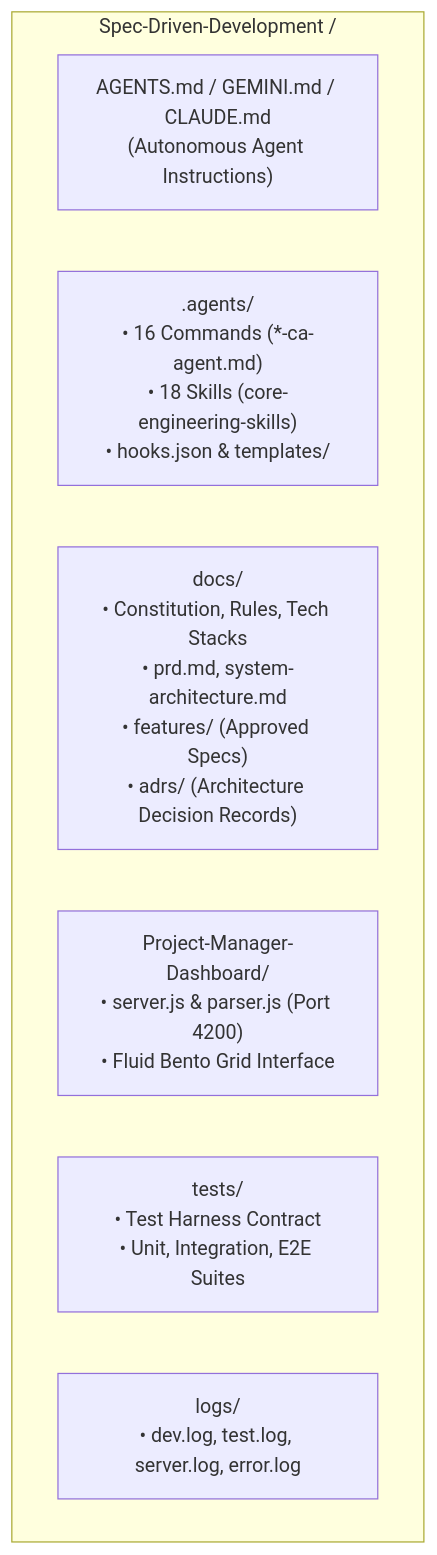
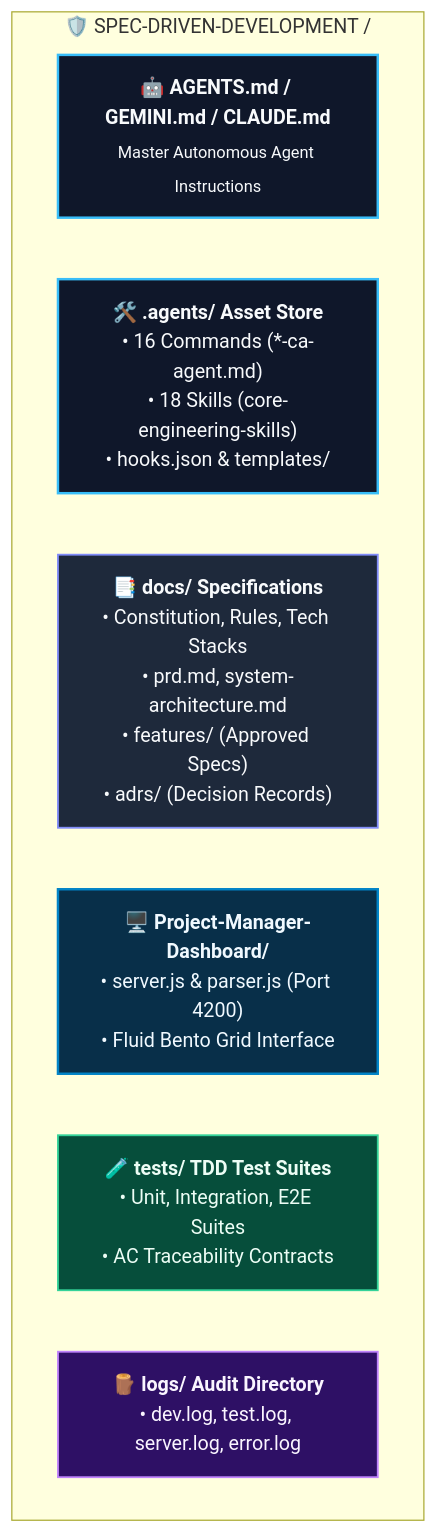
The third of 3 diagrams in SDD-TDD-Chandan-Adhikary/Spec-Driven-Development/README.md (rmsofficialsyt/Agentic-AI-Vibe-Coding-AND-SDD-TDD-Codebase-Chandan-Adhikary), drawn with Mermaid before and after one commit. The commit also changed other lines of this file and 23 other files, not shown here.

Commit message:
docs: redesign diagrams to Eraser.io visual style and regenerate MANIFEST.json

````diff
--- a/SDD-TDD-Chandan-Adhikary/Spec-Driven-Development/README.md
+++ b/SDD-TDD-Chandan-Adhikary/Spec-Driven-Development/README.md
@@ -155,11 +168,17 @@
 ```mermaid
 flowchart TD
-    subgraph RepoRoot ["Spec-Driven-Development /"]
-        AGENTS["AGENTS.md / GEMINI.md / CLAUDE.md<br/>(Autonomous Agent Instructions)"]
-        AgentsDir[".agents/<br/>• 16 Commands (*-ca-agent.md)<br/>• 18 Skills (core-engineering-skills)<br/>• hooks.json & templates/"]
-        DocsDir["docs/<br/>• Constitution, Rules, Tech Stacks<br/>• prd.md, system-architecture.md<br/>• features/ (Approved Specs)<br/>• adrs/ (Architecture Decision Records)"]
-        DashboardDir["Project-Manager-Dashboard/<br/>• server.js & parser.js (Port 4200)<br/>• Fluid Bento Grid Interface"]
-        TestsDir["tests/<br/>• Test Harness Contract<br/>• Unit, Integration, E2E Suites"]
-        LogsDir["logs/<br/>• dev.log, test.log, server.log, error.log"]
+    classDef agent fill:#0f172a,stroke:#38bdf8,stroke-width:2px,color:#f8fafc;
+    classDef doc fill:#1e293b,stroke:#818cf8,stroke-width:1.5px,color:#f8fafc;
+    classDef dash fill:#082f49,stroke:#0284c7,stroke-width:2px,color:#f0f9ff;
+    classDef test fill:#064e3b,stroke:#34d399,stroke-width:1.5px,color:#ecfdf5;
+    classDef log fill:#2e1065,stroke:#c084fc,stroke-width:1.5px,color:#faf5ff;
+
+    subgraph RepoRoot ["🛡️ SPEC-DRIVEN-DEVELOPMENT /"]
+        AGENTS["<b>🤖 AGENTS.md / GEMINI.md / CLAUDE.md</b><br/><sub>Master Autonomous Agent Instructions</sub>"]:::agent
+        AgentsDir["<b>🛠️ .agents/ Asset Store</b><br/>• 16 Commands (*-ca-agent.md)<br/>• 18 Skills (core-engineering-skills)<br/>• hooks.json & templates/"]:::agent
+        DocsDir["<b>📑 docs/ Specifications</b><br/>• Constitution, Rules, Tech Stacks<br/>• prd.md, system-architecture.md<br/>• features/ (Approved Specs)<br/>• adrs/ (Decision Records)"]:::doc
+        DashboardDir["<b>🖥️ Project-Manager-Dashboard/</b><br/>• server.js & parser.js (Port 4200)<br/>• Fluid Bento Grid Interface"]:::dash
+        TestsDir["<b>🧪 tests/ TDD Test Suites</b><br/>• Unit, Integration, E2E Suites<br/>• AC Traceability Contracts"]:::test
+        LogsDir["<b>🪵 logs/ Audit Directory</b><br/>• dev.log, test.log, server.log, error.log"]:::log
     end
 ```
````
